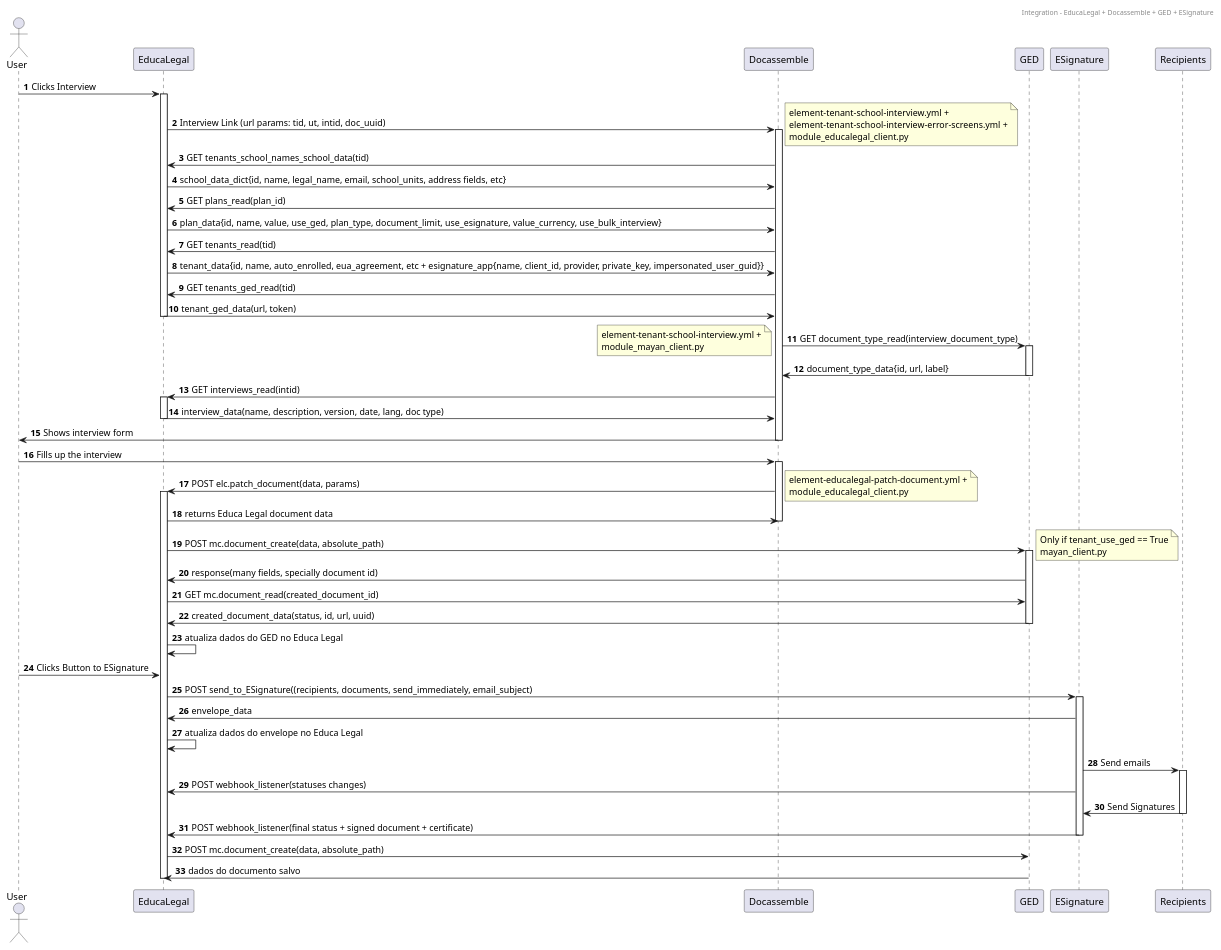
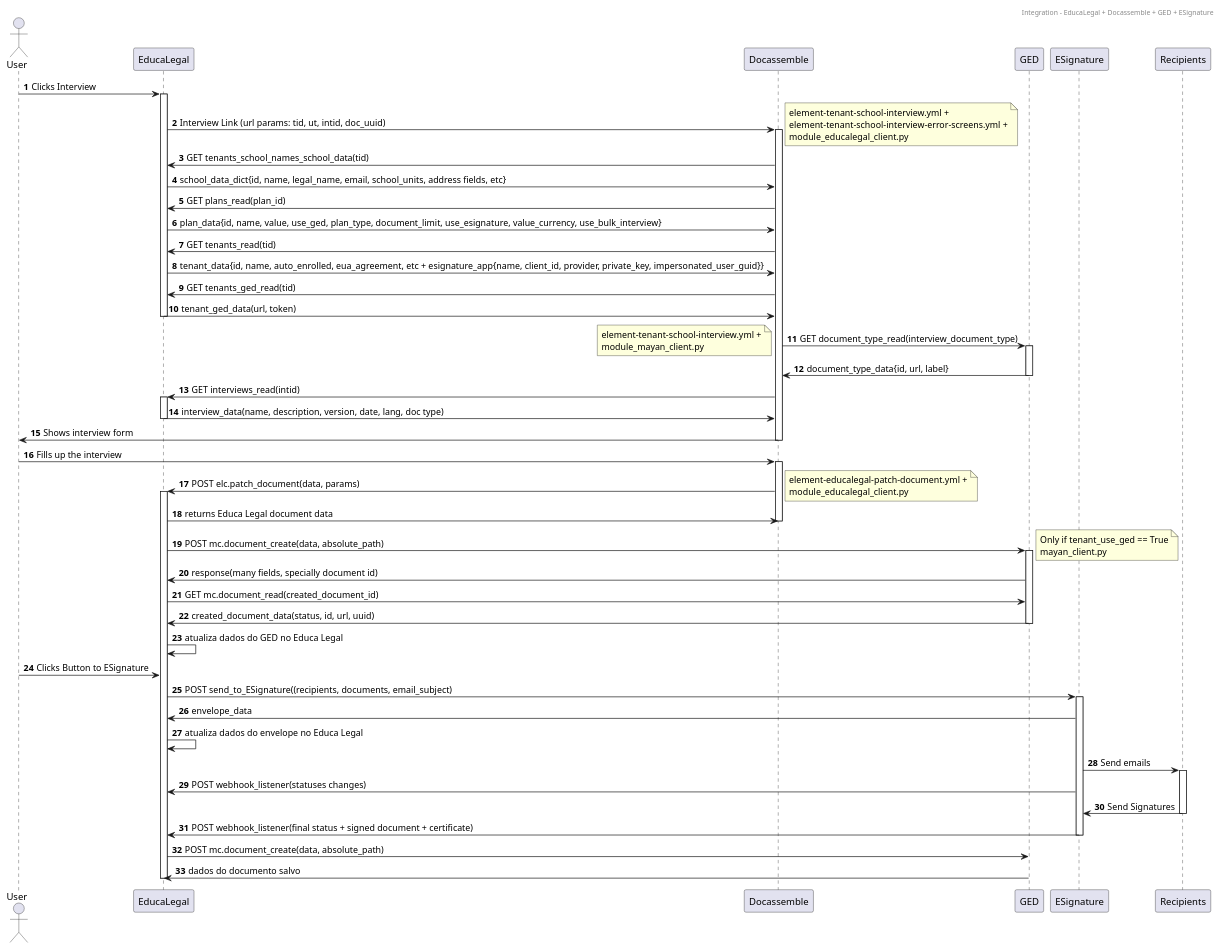
One commit to rvnovaes/educalegal changed the diagram in fluxos/educalegal_api_seq_diagram.pu. Above: the diagram before and after it, drawn with PlantUML. The commit also changed 16 other files, not shown here.

```diff
--- a/fluxos/educalegal_api_seq_diagram.pu
+++ b/fluxos/educalegal_api_seq_diagram.pu
@@ -1,99 +1,99 @@
 @startuml
 header Integration - EducaLegal + Docassemble + GED + ESignature
 actor User
 autonumber
 
 User -> EducaLegal: Clicks Interview
 activate EducaLegal
 
 EducaLegal -> Docassemble: Interview Link (url params: tid, ut, intid, doc_uuid)
 activate Docassemble
 
 note right
 element-tenant-school-interview.yml +
 element-tenant-school-interview-error-screens.yml +
 module_educalegal_client.py
 end note
 
 Docassemble -> EducaLegal: GET tenants_school_names_school_data(tid)
 EducaLegal -> Docassemble: school_data_dict{id, name, legal_name, email, school_units, address fields, etc}
 
 Docassemble -> EducaLegal: GET plans_read(plan_id)
 EducaLegal -> Docassemble: plan_data{id, name, value, use_ged, plan_type, document_limit, use_esignature, value_currency, use_bulk_interview}
 
 Docassemble -> EducaLegal : GET tenants_read(tid)
 EducaLegal -> Docassemble: tenant_data{id, name, auto_enrolled, eua_agreement, etc + esignature_app{name, client_id, provider, private_key, impersonated_user_guid}}
 
 Docassemble -> EducaLegal: GET tenants_ged_read(tid)
 EducaLegal -> Docassemble: tenant_ged_data(url, token)
 deactivate EducaLegal
 
 Docassemble -> GED: GET document_type_read(interview_document_type)
 activate GED
 
 note left
 element-tenant-school-interview.yml +
 module_mayan_client.py
 end note
 
 GED -> Docassemble: document_type_data{id, url, label}
 deactivate GED
 
 Docassemble -> EducaLegal: GET interviews_read(intid)
 activate EducaLegal
 
 
 EducaLegal -> Docassemble: interview_data(name, description, version, date, lang, doc type)
 deactivate EducaLegal
 
 Docassemble -> User: Shows interview form
 deactivate Docassemble
 
 User -> Docassemble: Fills up the interview
 activate Docassemble
 
 Docassemble -> EducaLegal: POST elc.patch_document(data, params)
 activate EducaLegal
 
 note right
 element-educalegal-patch-document.yml +
 module_educalegal_client.py
 end note
 
 EducaLegal -> Docassemble: returns Educa Legal document data
 deactivate Docassemble
 
 EducaLegal -> GED: POST mc.document_create(data, absolute_path)
 activate GED
 
 note right
 Only if tenant_use_ged == True
 mayan_client.py
 end note
 
 GED -> EducaLegal: response(many fields, specially document id)
 EducaLegal -> GED: GET mc.document_read(created_document_id)
 GED -> EducaLegal: created_document_data(status, id, url, uuid)
 deactivate GED
 EducaLegal -> EducaLegal: atualiza dados do GED no Educa Legal
 User -> EducaLegal: Clicks Button to ESignature
 
-EducaLegal -> ESignature: POST send_to_ESignature((recipients, documents, send_immediately, email_subject)
+EducaLegal -> ESignature: POST send_to_ESignature((recipients, documents, email_subject)
 activate ESignature
 
 ESignature -> EducaLegal: envelope_data
 EducaLegal -> EducaLegal: atualiza dados do envelope no Educa Legal
 
 ESignature -> Recipients: Send emails
 activate Recipients
 ESignature -> EducaLegal: POST webhook_listener(statuses changes)
 Recipients -> ESignature: Send Signatures
 deactivate Recipients
 
 ESignature -> EducaLegal: POST webhook_listener(final status + signed document + certificate)
 deactivate ESignature
 
 EducaLegal -> GED: POST mc.document_create(data, absolute_path)
 GED -> EducaLegal: dados do documento salvo
 deactivate EducaLegal
 @enduml
```
